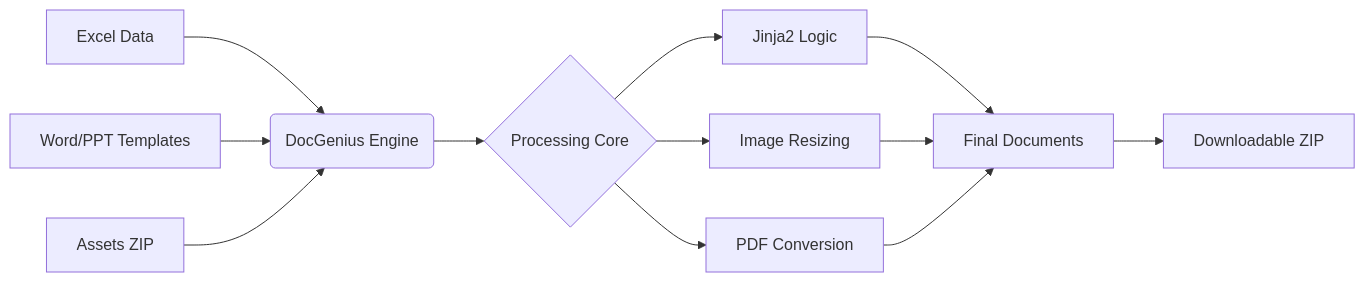
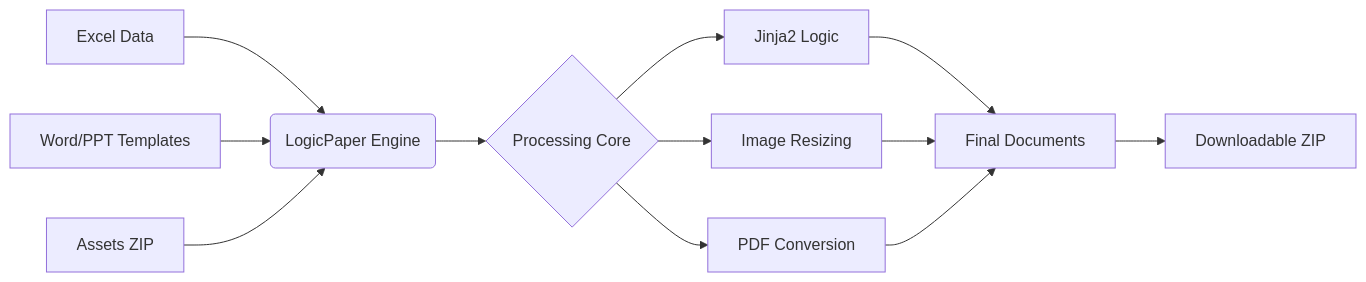
One commit to rubensbraz/LogicPaper changed the diagram in README.md. Above: the diagram before and after it, drawn with Mermaid. The commit also changed other lines of this file and 10 other files, not shown here.

Commit message:
Change project name to LogicPaper

````diff
--- a/README.md
+++ b/README.md
@@ -47,14 +47,14 @@
 ```mermaid
 graph LR
-    A[Excel Data] --> B(DocGenius Engine)
+    A[Excel Data] --> B(LogicPaper Engine)
     C[Word/PPT Templates] --> B
     D[Assets ZIP] --> B
     B --> E{Processing Core}
     E --> F[Jinja2 Logic]
     E --> G[Image Resizing]
     E --> H[PDF Conversion]
     F --> I[Final Documents]
     G --> I
     H --> I
     I --> J[Downloadable ZIP]
 ```
````
